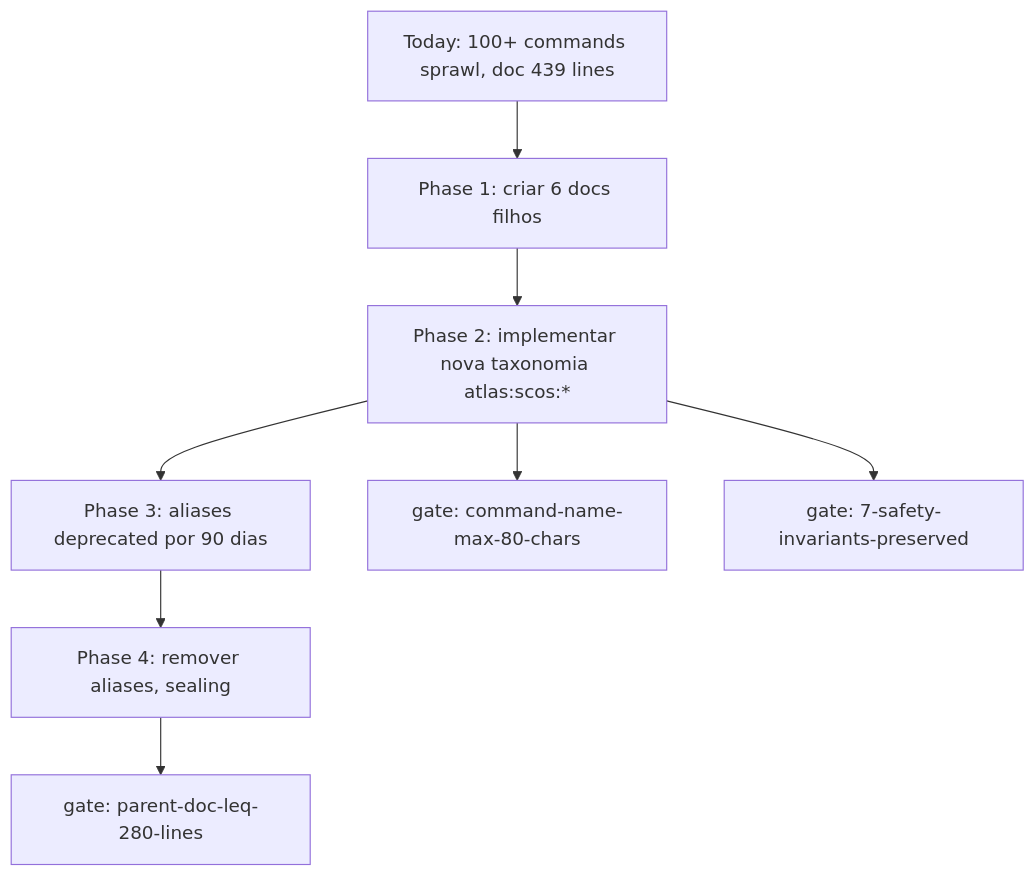
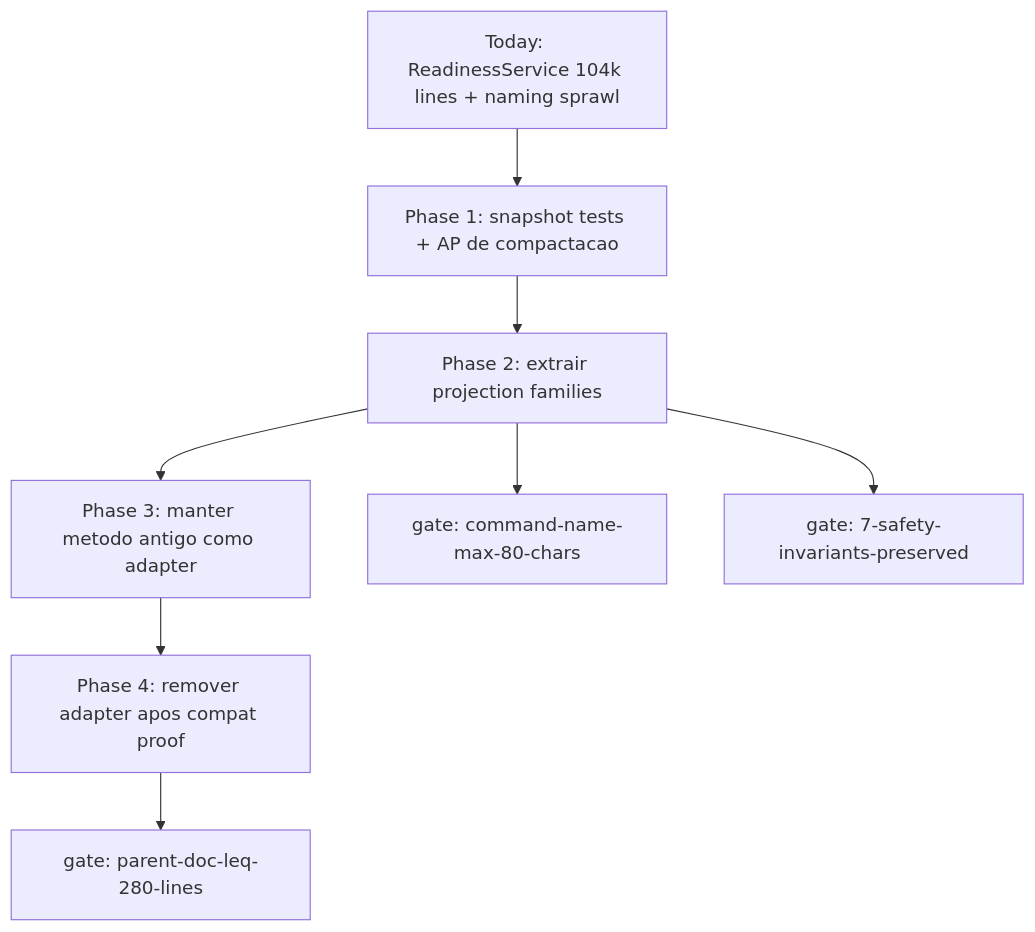
One commit to Vitorepf/atlas-server changed the diagram in docs/engineering-knowledge-base/atlas-ai-self-construction-os-compaction-plan.md. Above: the diagram before and after it, drawn with Mermaid. The commit also changed other lines of this file and 21 other files, not shown here.

````diff
--- a/docs/engineering-knowledge-base/atlas-ai-self-construction-os-compaction-plan.md
+++ b/docs/engineering-knowledge-base/atlas-ai-self-construction-os-compaction-plan.md
@@ -223,14 +230,14 @@
 ```mermaid
 flowchart TD
-  Today[Today: 100+ commands sprawl, doc 439 lines]
-  Phase1[Phase 1: criar 6 docs filhos]
-  Phase2[Phase 2: implementar nova taxonomia atlas:scos:*]
-  Phase3[Phase 3: aliases deprecated por 90 dias]
-  Phase4[Phase 4: remover aliases, sealing]
+  Today[Today: ReadinessService 104k lines + naming sprawl]
+  Phase1[Phase 1: snapshot tests + AP de compactacao]
+  Phase2[Phase 2: extrair projection families]
+  Phase3[Phase 3: manter metodo antigo como adapter]
+  Phase4[Phase 4: remover adapter apos compat proof]
 
   Today --> Phase1 --> Phase2 --> Phase3 --> Phase4
 
   Phase2 --> Gate1[gate: command-name-max-80-chars]
   Phase2 --> Gate2[gate: 7-safety-invariants-preserved]
   Phase4 --> Gate3[gate: parent-doc-leq-280-lines]
 ```
````
